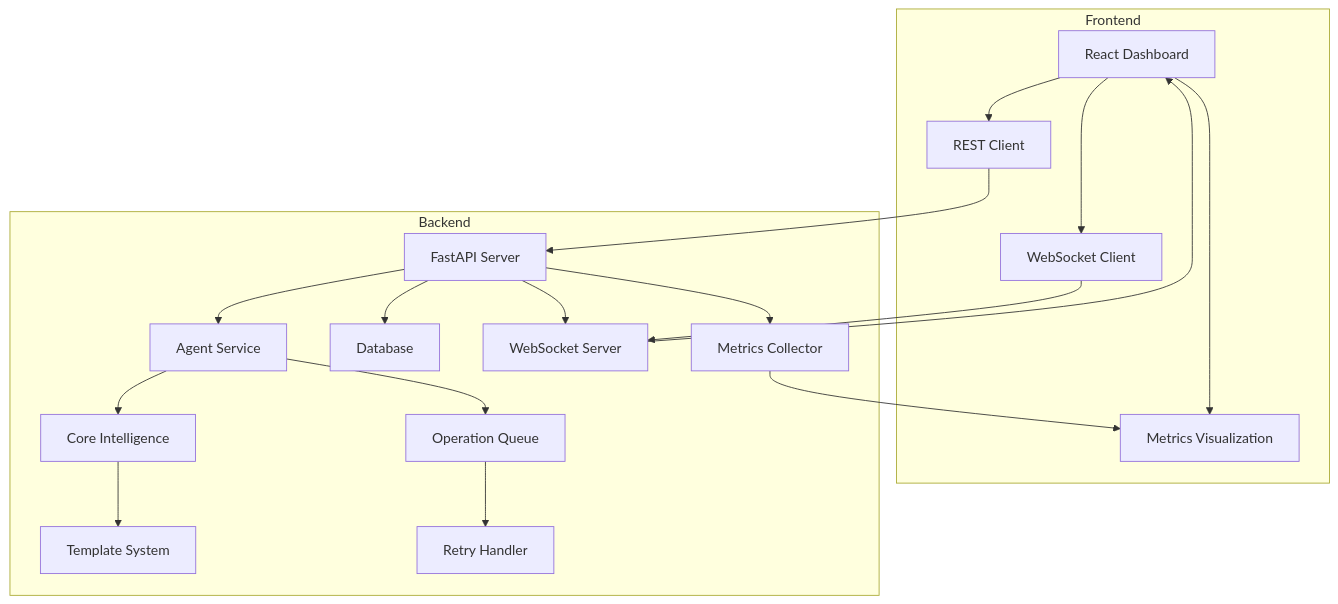
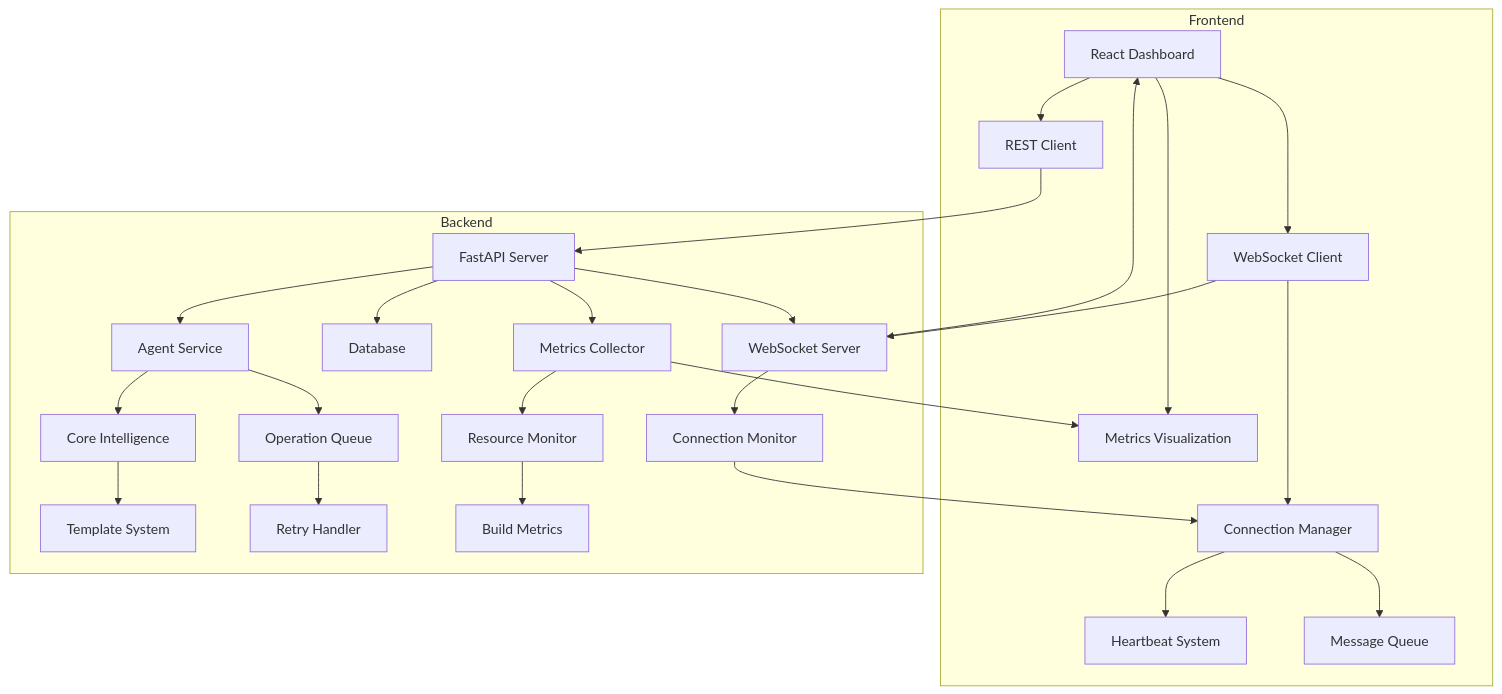
The diagram in docs/technical_guide.md (tony-42069/ai-staff-dev-agent), drawn with Mermaid before and after one commit. The commit also changed other lines of this file and 3 other files, not shown here.

````diff
--- a/docs/technical_guide.md
+++ b/docs/technical_guide.md
@@ -7,24 +32,31 @@
 ```mermaid
 graph TD
     subgraph Frontend
         A[React Dashboard] --> B[WebSocket Client]
         A --> C[REST Client]
         A --> M[Metrics Visualization]
+        B --> N[Connection Manager]
+        N --> O[Heartbeat System]
+        N --> P[Message Queue]
     end
     
     subgraph Backend
         D[FastAPI Server] --> E[Agent Service]
         E --> F[Core Intelligence]
         F --> G[Template System]
         D --> H[Database]
         E --> I[Operation Queue]
         I --> J[Retry Handler]
         D --> K[WebSocket Server]
         D --> L[Metrics Collector]
+        K --> Q[Connection Monitor]
+        L --> R[Resource Monitor]
+        R --> S[Build Metrics]
     end
     
     B --> K
     C --> D
     K --> A
     L --> M
+    Q --> N
 ```
````
